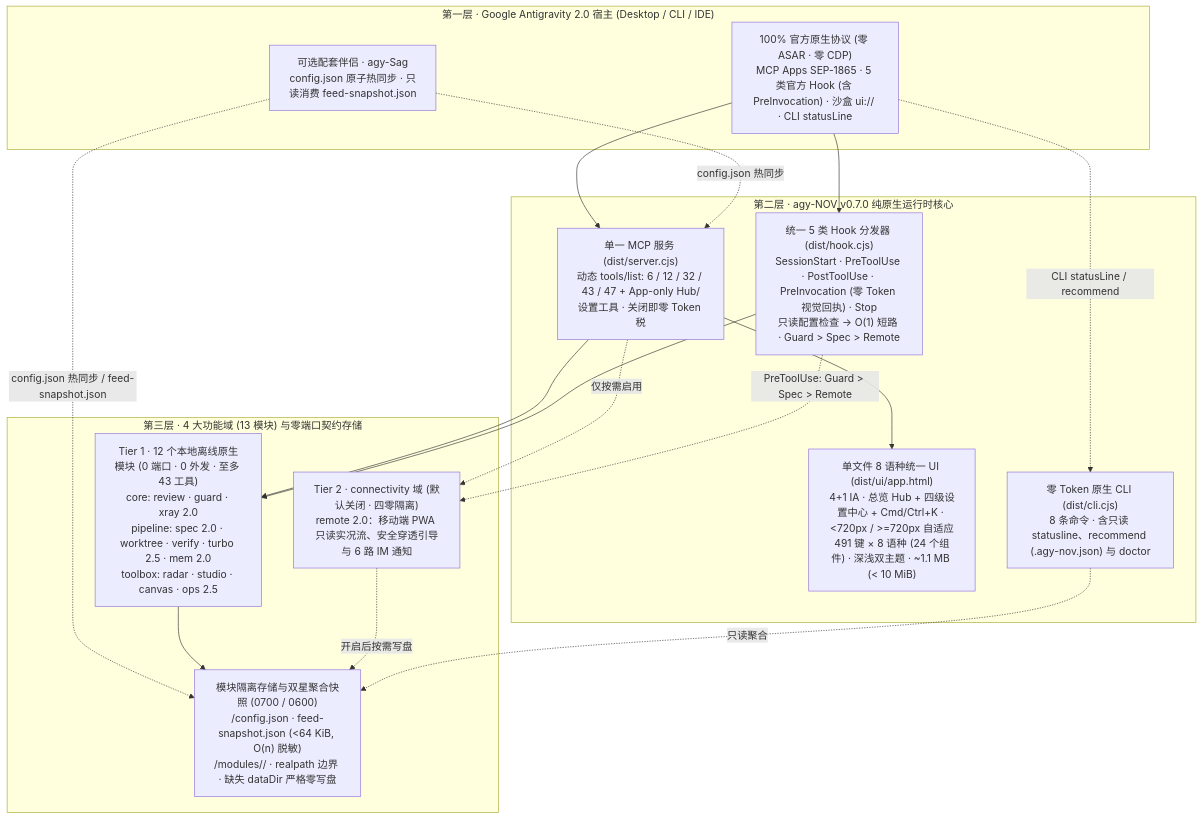
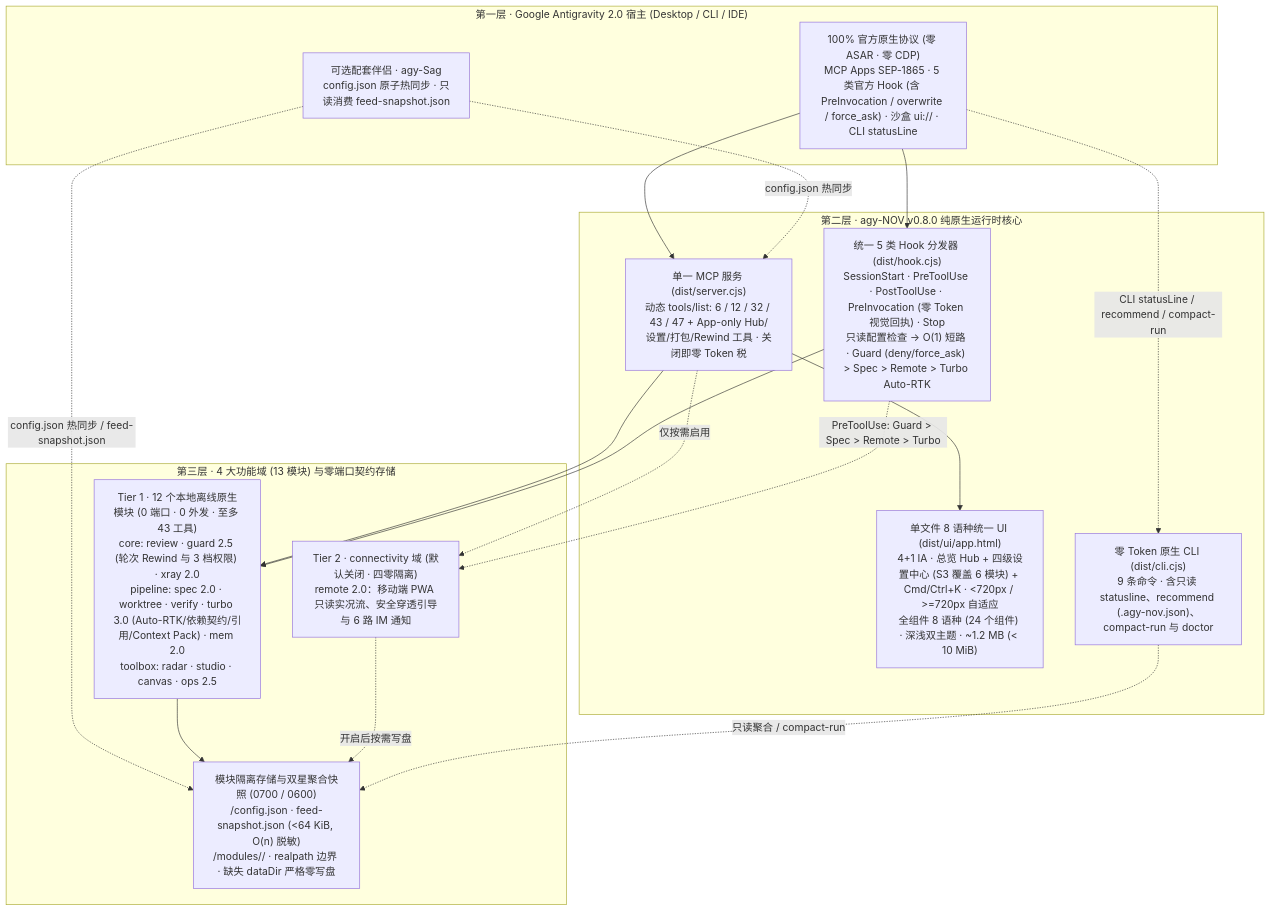
One commit to tone-leh/agy-NOV changed the diagram in docs/i18n/README.zh-CN.md. Above: the diagram before and after it, drawn with Mermaid. The commit also changed other lines of this file and 47 other files, not shown here.

Commit message:
release: v0.8.0 — Auto-RTK overwrite proxy, Turbo 3.0 offline dep contracts/references/context pack & Guard 2.5 turn rewind/permission modes

````diff
--- a/docs/i18n/README.zh-CN.md
+++ b/docs/i18n/README.zh-CN.md
@@ -219,34 +219,34 @@
 ```mermaid
 flowchart TB
   subgraph L1["第一层 · Google Antigravity 2.0 宿主 (Desktop / CLI / IDE)"]
-    Host["100% 官方原生协议 (零 ASAR · 零 CDP)\nMCP Apps SEP-1865 · 5 类官方 Hook (含 PreInvocation) · 沙盒 ui:// · CLI statusLine"]
+    Host["100% 官方原生协议 (零 ASAR · 零 CDP)\nMCP Apps SEP-1865 · 5 类官方 Hook (含 PreInvocation / overwrite / force_ask) · 沙盒 ui:// · CLI statusLine"]
     Sag["可选配套伴侣 · agy-Sag\nconfig.json 原子热同步 · 只读消费 feed-snapshot.json"]
   end
 
-  subgraph L2["第二层 · agy-NOV v0.7.0 纯原生运行时核心"]
-    MCP["单一 MCP 服务 (dist/server.cjs)\n动态 tools/list: 6 / 12 / 32 / 43 / 47 + App-only Hub/设置工具 · 关闭即零 Token 税"]
-    Hook["统一 5 类 Hook 分发器 (dist/hook.cjs)\nSessionStart · PreToolUse · PostToolUse · PreInvocation (零 Token 视觉回执) · Stop\n只读配置检查 -> O(1) 短路 · Guard > Spec > Remote"]
-    UI["单文件 8 语种统一 UI (dist/ui/app.html)\n4+1 IA · 总览 Hub + 四级设置中心 + Cmd/Ctrl+K · <720px / >=720px 自适应\n491 键 × 8 语种 (24 个组件) · 深浅双主题 · ~1.1 MB (< 10 MiB)"]
-    CLI["零 Token 原生 CLI (dist/cli.cjs)\n8 条命令 · 含只读 statusline、recommend (.agy-nov.json) 与 doctor"]
+  subgraph L2["第二层 · agy-NOV v0.8.0 纯原生运行时核心"]
+    MCP["单一 MCP 服务 (dist/server.cjs)\n动态 tools/list: 6 / 12 / 32 / 43 / 47 + App-only Hub/设置/打包/Rewind 工具 · 关闭即零 Token 税"]
+    Hook["统一 5 类 Hook 分发器 (dist/hook.cjs)\nSessionStart · PreToolUse · PostToolUse · PreInvocation (零 Token 视觉回执) · Stop\n只读配置检查 -> O(1) 短路 · Guard (deny/force_ask) > Spec > Remote > Turbo Auto-RTK"]
+    UI["单文件 8 语种统一 UI (dist/ui/app.html)\n4+1 IA · 总览 Hub + 四级设置中心 (S3 覆盖 6 模块) + Cmd/Ctrl+K · <720px / >=720px 自适应\n全组件 8 语种 (24 个组件) · 深浅双主题 · ~1.2 MB (< 10 MiB)"]
+    CLI["零 Token 原生 CLI (dist/cli.cjs)\n9 条命令 · 含只读 statusline、recommend (.agy-nov.json)、compact-run 与 doctor"]
   end
 
   subgraph L3["第三层 · 4 大功能域 (13 模块) 与零端口契约存储"]
-    T1["Tier 1 · 12 个本地离线原生模块 (0 端口 · 0 外发 · 至多 43 工具)\ncore: review · guard · xray 2.0\npipeline: spec 2.0 · worktree · verify · turbo 2.5 · mem 2.0\ntoolbox: radar · studio · canvas · ops 2.5"]
+    T1["Tier 1 · 12 个本地离线原生模块 (0 端口 · 0 外发 · 至多 43 工具)\ncore: review · guard 2.5 (轮次 Rewind 与 3 档权限) · xray 2.0\npipeline: spec 2.0 · worktree · verify · turbo 3.0 (Auto-RTK/依赖契约/引用/Context Pack) · mem 2.0\ntoolbox: radar · studio · canvas · ops 2.5"]
     T2R["Tier 2 · connectivity 域 (默认关闭 · 四零隔离)\nremote 2.0：移动端 PWA 只读实况流、安全穿透引导与 6 路 IM 通知"]
     Store["模块隔离存储与双星聚合快照 (0700 / 0600)\n<dataDir>/config.json · feed-snapshot.json (<64 KiB, O(n) 脱敏)\n<dataDir>/modules/<id>/ · realpath 边界 · 缺失 dataDir 严格零写盘"]
   end
 
   Host --> MCP
   Host --> Hook
-  Host -. "CLI statusLine / recommend" .-> CLI
+  Host -. "CLI statusLine / recommend / compact-run" .-> CLI
   Sag -. "config.json 热同步 / feed-snapshot.json" .-> Store
   Sag -. "config.json 热同步" .-> MCP
   MCP --> UI
   MCP --> T1
   MCP -. "仅按需启用" .-> T2R
   Hook --> T1
-  Hook -. "PreToolUse: Guard > Spec > Remote" .-> T2R
+  Hook -. "PreToolUse: Guard > Spec > Remote > Turbo" .-> T2R
   T1 --> Store
   T2R -. "开启后按需写盘" .-> Store
-  CLI -. "只读聚合" .-> Store
+  CLI -. "只读聚合 / compact-run" .-> Store
 ```
````
